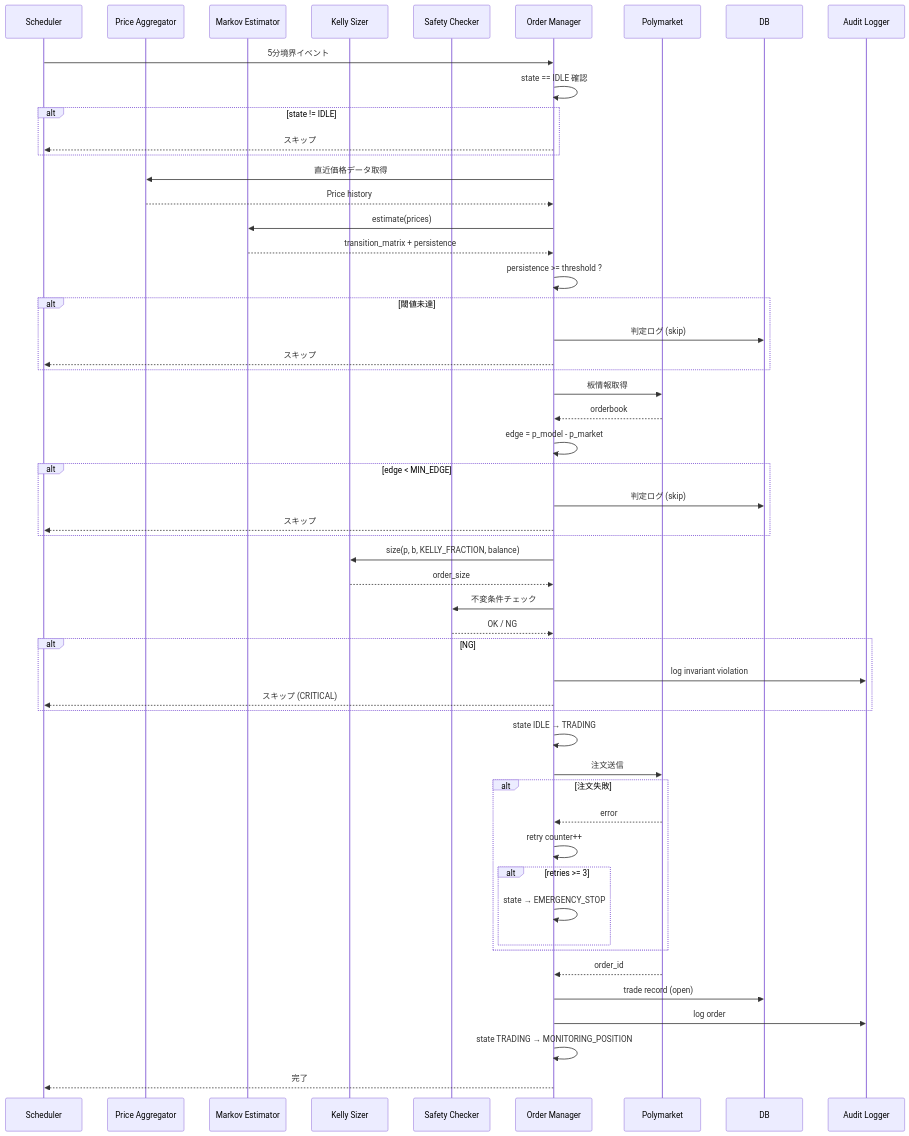
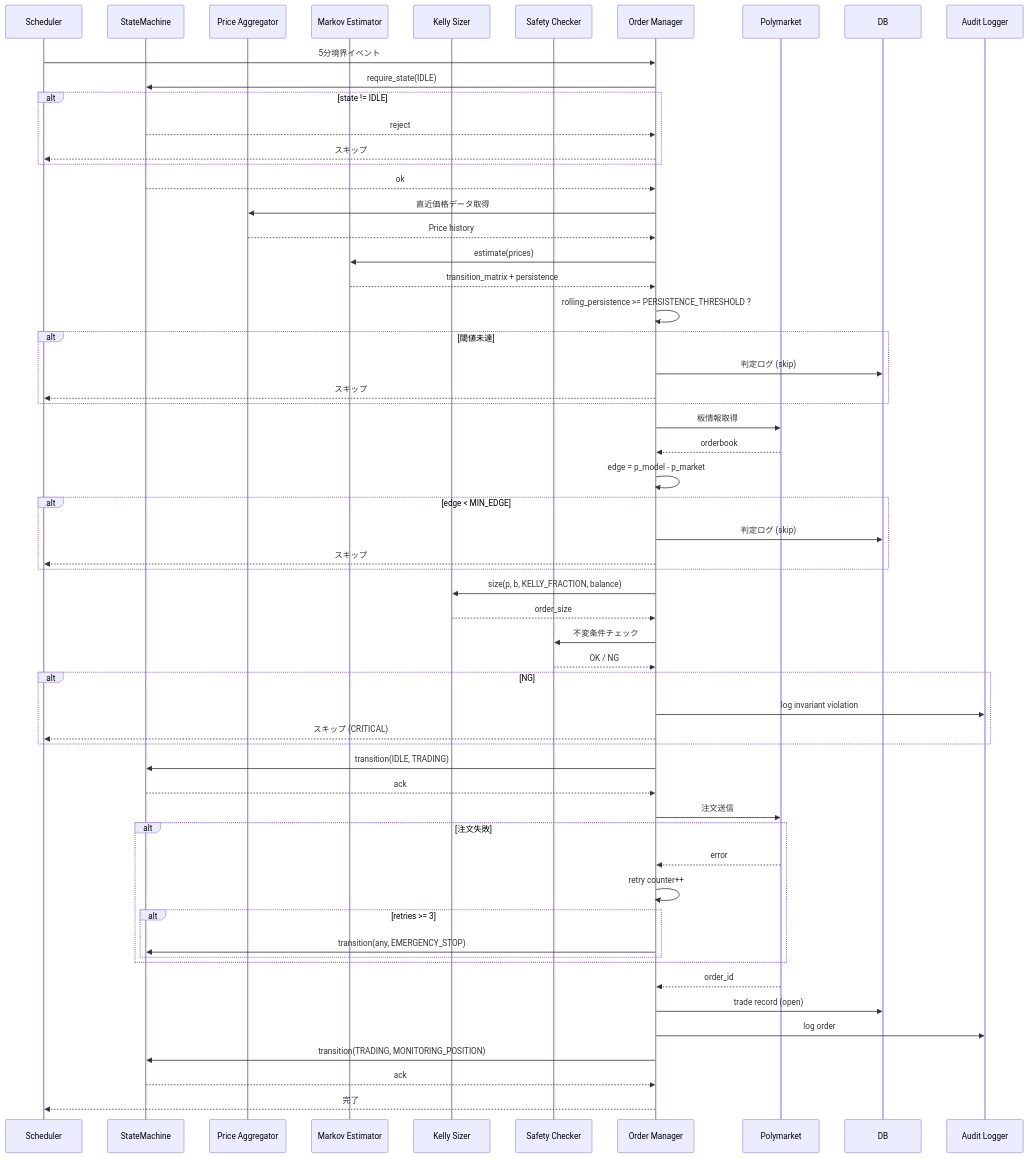
The second of 7 diagrams in docs/design/06_sequence.md (matrix9neonebuchadnezzar2199-sketch/YoRuu), drawn with Mermaid before and after one commit. The commit also changed other lines of this file and 6 other files, not shown here.

````diff
--- a/docs/design/06_sequence.md
+++ b/docs/design/06_sequence.md
@@ -62,56 +62,61 @@
 ```mermaid
 sequenceDiagram
     participant SCH as Scheduler
+    participant SM as StateMachine
     participant PA as Price Aggregator
     participant ME as Markov Estimator
     participant KS as Kelly Sizer
     participant SC as Safety Checker
     participant OM as Order Manager
     participant POLY as Polymarket
     participant DB
     participant AL as Audit Logger
 
     SCH->>OM: 5分境界イベント
-    OM->>OM: state == IDLE 確認
+    OM->>SM: require_state(IDLE)
     alt state != IDLE
+        SM-->>OM: reject
         OM-->>SCH: スキップ
     end
+    SM-->>OM: ok
     OM->>PA: 直近価格データ取得
     PA-->>OM: Price history
     OM->>ME: estimate(prices)
     ME-->>OM: transition_matrix + persistence
-    OM->>OM: persistence >= threshold ?
+    OM->>OM: rolling_persistence >= PERSISTENCE_THRESHOLD ?
     alt 閾値未達
         OM->>DB: 判定ログ (skip)
         OM-->>SCH: スキップ
     end
     OM->>POLY: 板情報取得
     POLY-->>OM: orderbook
     OM->>OM: edge = p_model - p_market
     alt edge < MIN_EDGE
         OM->>DB: 判定ログ (skip)
         OM-->>SCH: スキップ
     end
     OM->>KS: size(p, b, KELLY_FRACTION, balance)
     KS-->>OM: order_size
     OM->>SC: 不変条件チェック
     SC-->>OM: OK / NG
     alt NG
         OM->>AL: log invariant violation
         OM-->>SCH: スキップ (CRITICAL)
     end
-    OM->>OM: state IDLE → TRADING
+    OM->>SM: transition(IDLE, TRADING)
+    SM-->>OM: ack
     OM->>POLY: 注文送信
     alt 注文失敗
         POLY-->>OM: error
         OM->>OM: retry counter++
         alt retries >= 3
-            OM->>OM: state → EMERGENCY_STOP
+            OM->>SM: transition(any, EMERGENCY_STOP)
         end
     end
     POLY-->>OM: order_id
     OM->>DB: trade record (open)
     OM->>AL: log order
-    OM->>OM: state TRADING → MONITORING_POSITION
+    OM->>SM: transition(TRADING, MONITORING_POSITION)
+    SM-->>OM: ack
     OM-->>SCH: 完了
 ```
````
